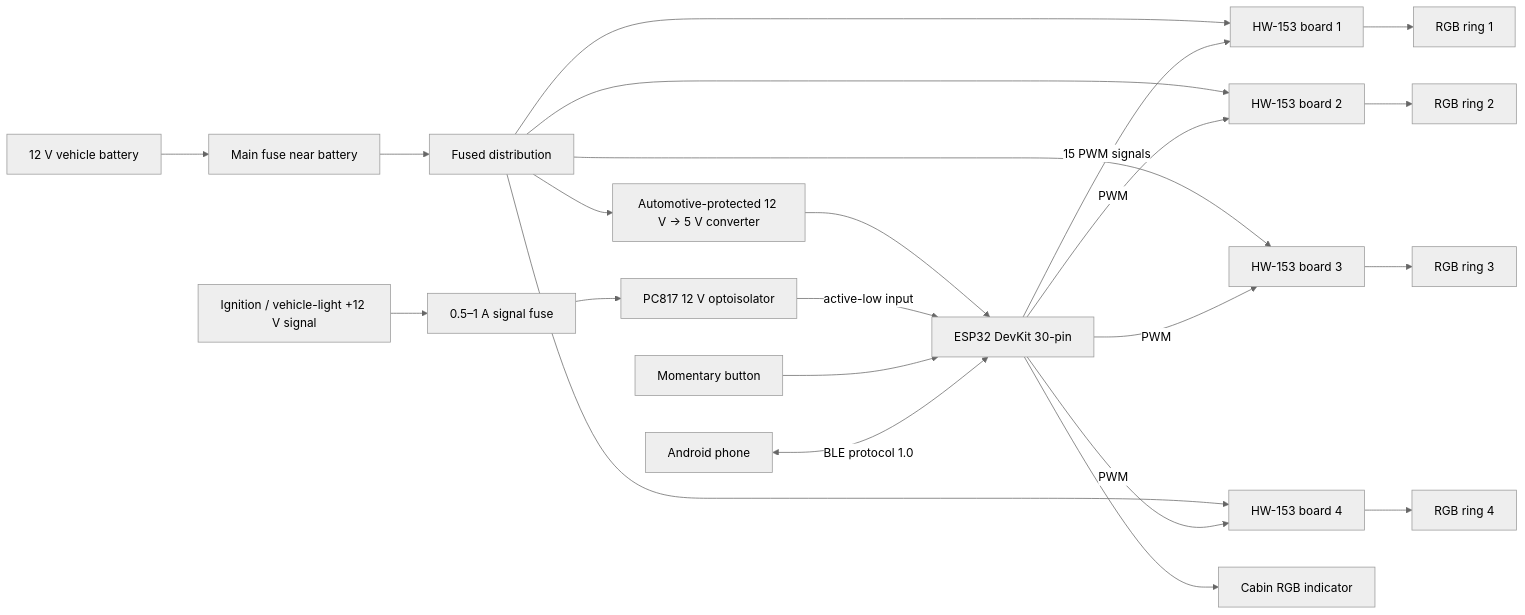
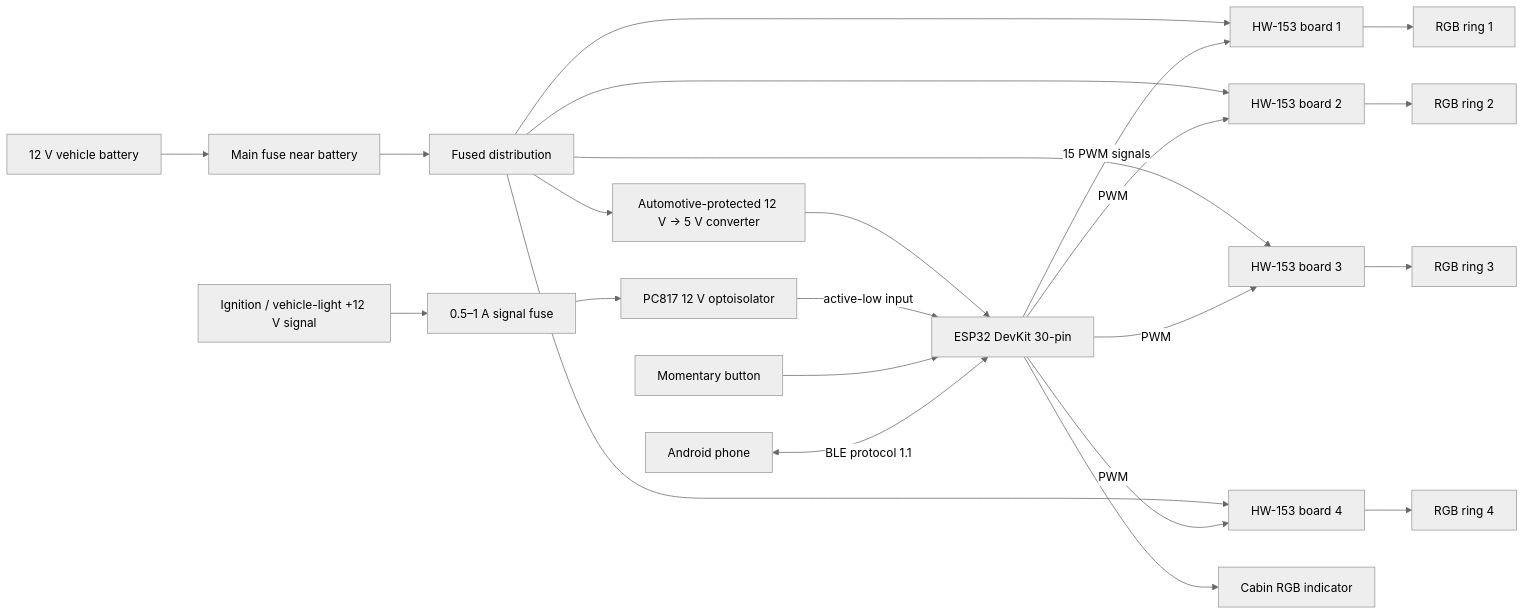
The first of 2 diagrams in README.md (karlos1998/ring-controller), drawn with Mermaid (neutral theme) before and after one commit. The commit also changed other lines of this file and 18 other files, not shown here.

````diff
--- a/README.md
+++ b/README.md
@@ -21,29 +21,29 @@
 ```mermaid
 flowchart LR
     BAT["12 V vehicle battery"] --> FMAIN["Main fuse near battery"]
     FMAIN --> DIST["Fused distribution"]
     DIST --> BUCK["Automotive-protected 12 V → 5 V converter"]
     BUCK --> ESP["ESP32 DevKit 30-pin"]
 
     DIST --> B1["HW-153 board 1"]
     DIST --> B2["HW-153 board 2"]
     DIST --> B3["HW-153 board 3"]
     DIST --> B4["HW-153 board 4"]
 
     B1 --> R1["RGB ring 1"]
     B2 --> R2["RGB ring 2"]
     B3 --> R3["RGB ring 3"]
     B4 --> R4["RGB ring 4"]
 
     ESP -- "15 PWM signals" --> B1
     ESP -- "PWM" --> B2
     ESP -- "PWM" --> B3
     ESP -- "PWM" --> B4
     ESP --> IND["Cabin RGB indicator"]
 
     IGN["Ignition / vehicle-light +12 V signal"] --> FSIG["0.5–1 A signal fuse"]
     FSIG --> OPTO["PC817 12 V optoisolator"]
     OPTO -->|"active-low input"| ESP
     BTN["Momentary button"] --> ESP
-    PHONE["Android phone"] <-->|"BLE protocol 1.0"| ESP
+    PHONE["Android phone"] <-->|"BLE protocol 1.1"| ESP
 ```
````
